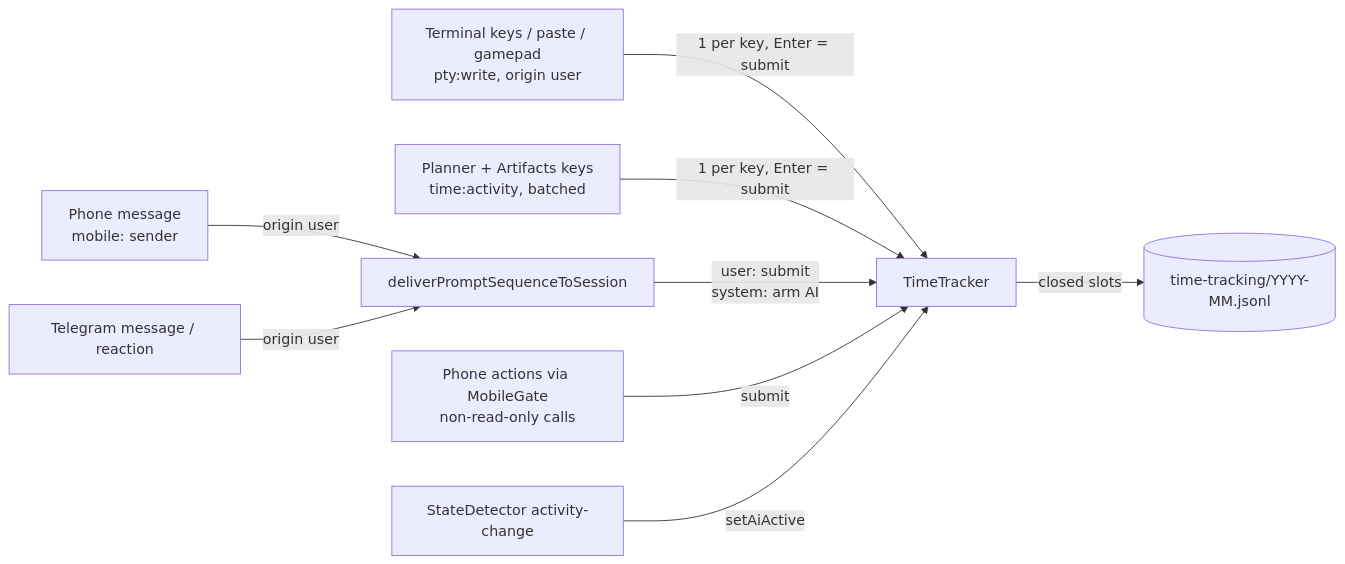
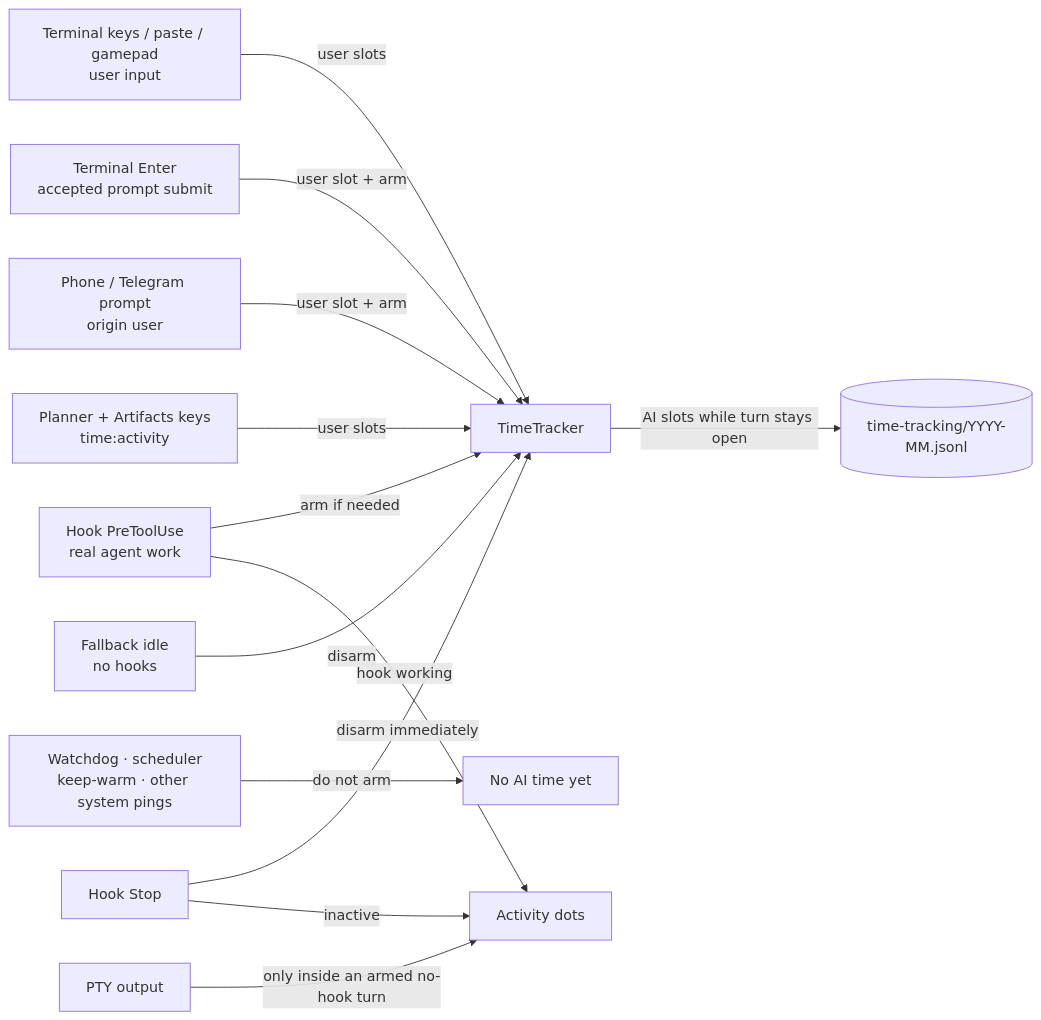
One commit to PetePeter/helm changed the first of 3 diagrams in docs/time-tracking.md. Above: the diagram before and after it, drawn with Mermaid. The commit also changed other lines of this file and 16 other files, not shown here.

First line of the commit message:
fix(time): AI time and green dots only during real turns

````diff
--- a/docs/time-tracking.md
+++ b/docs/time-tracking.md
@@ -11,11 +11,15 @@
 ```mermaid
-graph LR
-    K[Terminal keys / paste / gamepad<br/>pty:write, origin user] -->|1 per key, Enter = submit| T[TimeTracker]
-    PA[Planner + Artifacts keys<br/>time:activity, batched] -->|1 per key, Enter = submit| T
-    P[Phone message<br/>mobile: sender] -->|origin user| D[deliverPromptSequenceToSession]
-    TG[Telegram message / reaction] -->|origin user| D
-    D -->|user: submit<br/>system: arm AI| T
-    PH[Phone actions via MobileGate<br/>non-read-only calls] -->|submit| T
-    SD[StateDetector activity-change] -->|setAiActive| T
-    T -->|closed slots| J[(time-tracking/YYYY-MM.jsonl)]
+flowchart LR
+    K[Terminal keys / paste / gamepad<br/>user input] -->|user slots| TT[TimeTracker]
+    E[Terminal Enter<br/>accepted prompt submit] -->|user slot + arm| TT
+    P[Phone / Telegram prompt<br/>origin user] -->|user slot + arm| TT
+    PA[Planner + Artifacts keys<br/>time:activity] -->|user slots| TT
+    S[Watchdog · scheduler<br/>keep-warm · other system pings] -->|do not arm| X[No AI time yet]
+    H[Hook PreToolUse<br/>real agent work] -->|arm if needed| TT
+    TT -->|AI slots while turn stays open| J[(time-tracking/YYYY-MM.jsonl)]
+    STOP[Hook Stop] -->|disarm immediately| TT
+    IDLE[Fallback idle<br/>no hooks] -->|disarm| TT
+    H -->|hook working| D[Activity dots]
+    STOP -->|inactive| D
+    O[PTY output] -->|only inside an armed no-hook turn| D
 ```
````
